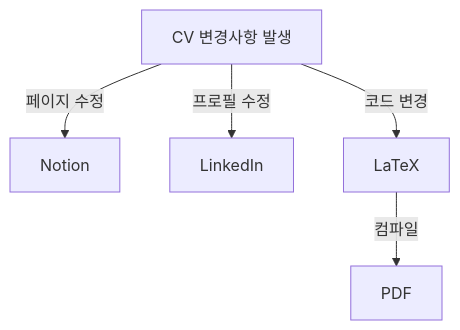
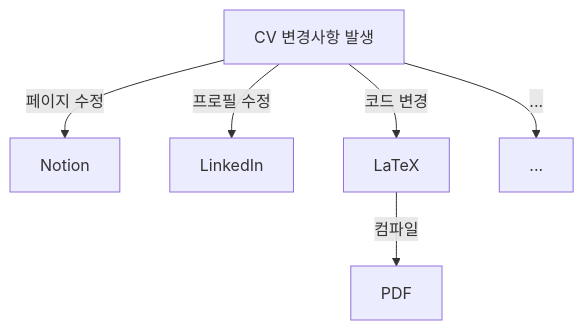
The first of 3 diagrams in README.md (PngWnA/cvMax), drawn with Mermaid before and after one commit. The commit also changed other lines of this file, not shown here.

````diff
--- a/README.md
+++ b/README.md
@@ -10,7 +8,8 @@
 ```mermaid
 flowchart TD
     CV[CV 변경사항 발생]
     CV -- 페이지 수정 --> Notion[Notion]
     CV -- 프로필 수정 --> LinkedIn[LinkedIn]
     CV -- 코드 변경 --> LaTeX[LaTeX] --컴파일--> PDF[PDF]
+    CV -- ... --> ...[...]
 ```
````
